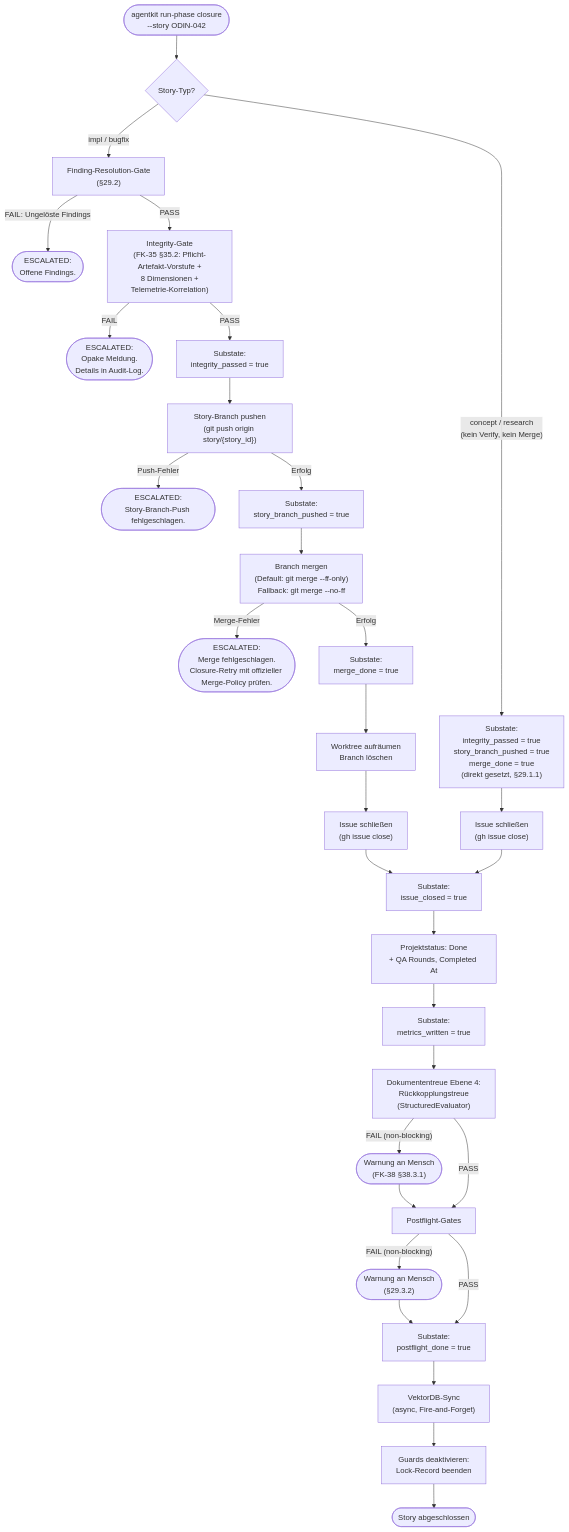
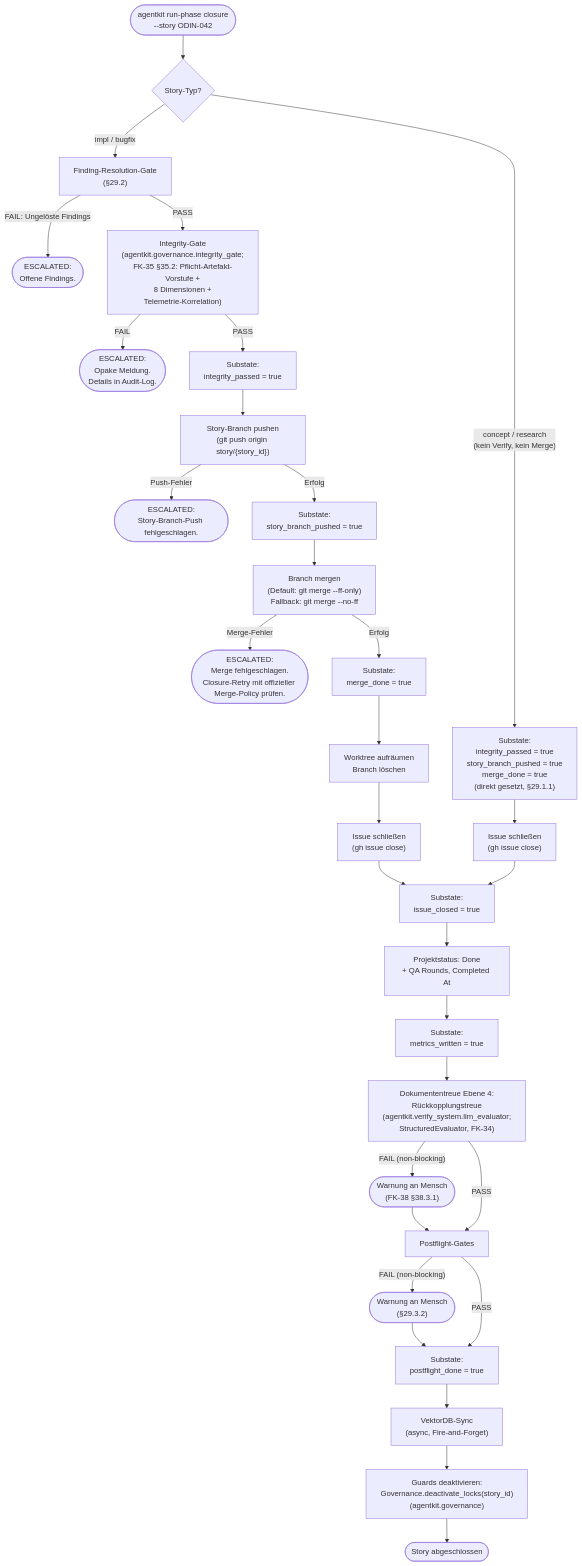
The diagram in concept/technical-design/29_closure_sequence.md (saltenhof/claude-agentkit3), drawn with Mermaid before and after one commit. The commit also changed other lines of this file and 202 other files, not shown here.

First line of the commit message:
Complete BC architecture cut + boundary_modules + Phase D/E migration

````diff
--- a/concept/technical-design/29_closure_sequence.md
+++ b/concept/technical-design/29_closure_sequence.md
@@ -116,44 +194,44 @@
 ```mermaid
 flowchart TD
     START(["agentkit run-phase closure<br/>--story ODIN-042"]) --> STYPE{Story-Typ?}
 
     STYPE -->|"impl / bugfix"| FR
     STYPE -->|"concept / research<br/>(kein Verify, kein Merge)"| CR_SUB1["Substate:<br/>integrity_passed = true<br/>story_branch_pushed = true<br/>merge_done = true<br/>(direkt gesetzt, §29.1.1)"]
     CR_SUB1 --> CLOSE_CR["Issue schließen<br/>(gh issue close)"]
     CLOSE_CR --> SUB3
 
     FR["Finding-Resolution-Gate<br/>(§29.2)"]
     FR -->|"FAIL: Ungelöste Findings"| ESC_FR(["ESCALATED:<br/>Offene Findings."])
     FR -->|PASS| INTEGRITY
 
-    INTEGRITY["Integrity-Gate<br/>(FK-35 §35.2: Pflicht-Artefakt-Vorstufe +<br/>8 Dimensionen +<br/>Telemetrie-Korrelation)"]
+    INTEGRITY["Integrity-Gate<br/>(agentkit.governance.integrity_gate;<br/>FK-35 §35.2: Pflicht-Artefakt-Vorstufe +<br/>8 Dimensionen +<br/>Telemetrie-Korrelation)"]
     INTEGRITY -->|FAIL| ESC_I(["ESCALATED:<br/>Opake Meldung.<br/>Details in Audit-Log."])
     INTEGRITY -->|PASS| SUB1["Substate:<br/>integrity_passed = true"]
 
     SUB1 --> PUSH_SB["Story-Branch pushen<br/>(git push origin story/{story_id})"]
     PUSH_SB -->|Push-Fehler| ESC_P(["ESCALATED:<br/>Story-Branch-Push fehlgeschlagen."])
     PUSH_SB -->|Erfolg| SUB_PUSH["Substate:<br/>story_branch_pushed = true"]
 
     SUB_PUSH --> MERGE["Branch mergen<br/>(Default: git merge --ff-only)<br/>Fallback: git merge --no-ff"]
     MERGE -->|Merge-Fehler| ESC_M(["ESCALATED:<br/>Merge fehlgeschlagen.<br/>Closure-Retry mit offizieller Merge-Policy prüfen."])
     MERGE -->|Erfolg| SUB2["Substate:<br/>merge_done = true"]
 
     SUB2 --> TEARDOWN["Worktree aufräumen<br/>Branch löschen"]
     TEARDOWN --> CLOSE["Issue schließen<br/>(gh issue close)"]
     CLOSE --> SUB3["Substate:<br/>issue_closed = true"]
 
     SUB3 --> STATUS["Projektstatus: Done<br/>+ QA Rounds, Completed At"]
     STATUS --> SUB4["Substate:<br/>metrics_written = true"]
 
-    SUB4 --> DOCTREUE4["Dokumententreue Ebene 4:<br/>Rückkopplungstreue<br/>(StructuredEvaluator)"]
+    SUB4 --> DOCTREUE4["Dokumententreue Ebene 4:<br/>Rückkopplungstreue<br/>(agentkit.verify_system.llm_evaluator;<br/>StructuredEvaluator, FK-34)"]
     DOCTREUE4 -->|"FAIL (non-blocking)"| WARN_DT(["Warnung an Mensch<br/>(FK-38 §38.3.1)"])
     DOCTREUE4 -->|"PASS"| POSTFLIGHT["Postflight-Gates"]
     WARN_DT --> POSTFLIGHT
     POSTFLIGHT -->|"FAIL (non-blocking)"| WARN_PF(["Warnung an Mensch<br/>(§29.3.2)"])
     POSTFLIGHT -->|"PASS"| SUB5["Substate:<br/>postflight_done = true"]
     WARN_PF --> SUB5
 
     SUB5 --> VDBSYNC["VektorDB-Sync<br/>(async, Fire-and-Forget)"]
-VDBSYNC --> GUARDS_OFF["Guards deaktivieren:<br/>Lock-Record beenden"]
+    VDBSYNC --> GUARDS_OFF["Guards deaktivieren:<br/>Governance.deactivate_locks(story_id)<br/>(agentkit.governance)"]
     GUARDS_OFF --> DONE(["Story abgeschlossen"])
 ```
````
